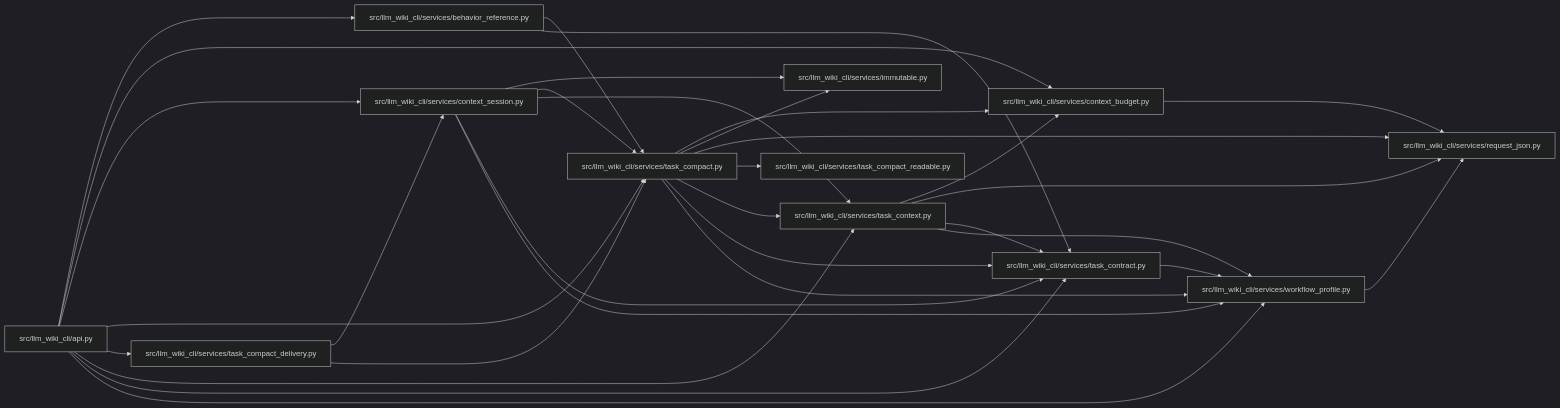
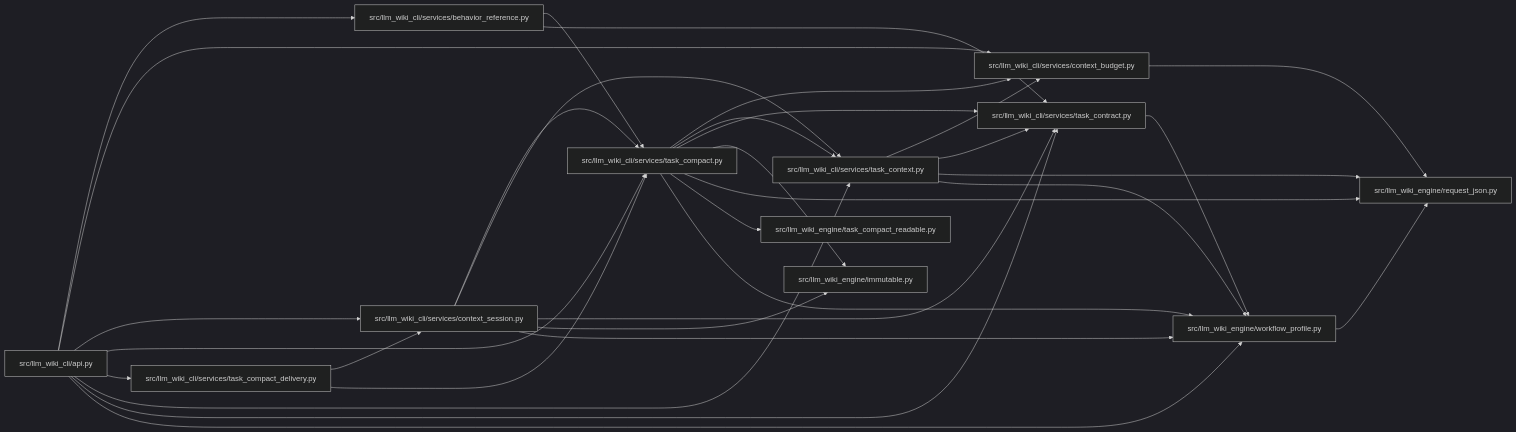
The diagram in docs/llm_wiki/modules/task_compact.md (Denissvgn/python-wiki-llm), drawn with Mermaid (dark theme) before and after one commit. The commit also changed other lines of this file and 1103 other files, not shown here.

First line of the commit message:
docs: refresh the wiki for the llm-wiki-engine distribution

````diff
--- a/docs/llm_wiki/modules/task_compact.md
+++ b/docs/llm_wiki/modules/task_compact.md
@@ -38,58 +38,58 @@
 ```mermaid
 flowchart LR
     n0["src/llm_wiki_cli/api.py"]
     n1["src/llm_wiki_cli/services/behavior_reference.py"]
     n2["src/llm_wiki_cli/services/context_budget.py"]
     n3["src/llm_wiki_cli/services/context_session.py"]
-    n4["src/llm_wiki_cli/services/immutable.py"]
-    n5["src/llm_wiki_cli/services/request_json.py"]
-    n6["src/llm_wiki_cli/services/task_compact.py"]
-    n7["src/llm_wiki_cli/services/task_compact_delivery.py"]
-    n8["src/llm_wiki_cli/services/task_compact_readable.py"]
-    n9["src/llm_wiki_cli/services/task_context.py"]
-    n10["src/llm_wiki_cli/services/task_contract.py"]
-    n11["src/llm_wiki_cli/services/workflow_profile.py"]
+    n4["src/llm_wiki_cli/services/task_compact.py"]
+    n5["src/llm_wiki_cli/services/task_compact_delivery.py"]
+    n6["src/llm_wiki_cli/services/task_context.py"]
+    n7["src/llm_wiki_cli/services/task_contract.py"]
+    n8["src/llm_wiki_engine/immutable.py"]
+    n9["src/llm_wiki_engine/request_json.py"]
+    n10["src/llm_wiki_engine/task_compact_readable.py"]
+    n11["src/llm_wiki_engine/workflow_profile.py"]
     n0 --> n1
     n0 --> n2
     n0 --> n3
+    n0 --> n4
+    n0 --> n5
     n0 --> n6
     n0 --> n7
-    n0 --> n9
-    n0 --> n10
     n0 --> n11
-    n1 --> n6
-    n1 --> n10
-    n2 --> n5
+    n1 --> n4
+    n1 --> n7
+    n2 --> n9
     n3 --> n4
     n3 --> n6
-    n3 --> n9
-    n3 --> n10
+    n3 --> n7
+    n3 --> n8
     n3 --> n11
+    n4 --> n2
+    n4 --> n6
+    n4 --> n7
+    n4 --> n8
+    n4 --> n9
+    n4 --> n10
+    n4 --> n11
+    n5 --> n3
+    n5 --> n4
     n6 --> n2
-    n6 --> n4
-    n6 --> n5
-    n6 --> n8
+    n6 --> n7
     n6 --> n9
-    n6 --> n10
     n6 --> n11
-    n7 --> n3
-    n7 --> n6
-    n9 --> n2
-    n9 --> n5
-    n9 --> n10
-    n9 --> n11
-    n10 --> n11
-    n11 --> n5
+    n7 --> n11
+    n11 --> n9
     click n0 "../modules/api.md"
     click n1 "../modules/behavior_reference.md"
     click n2 "../modules/context_budget.md"
     click n3 "../modules/context_session.md"
-    click n4 "../modules/immutable.md"
-    click n5 "../modules/request_json.md"
-    click n6 "../modules/task_compact.md"
-    click n7 "../modules/task_compact_delivery.md"
-    click n8 "../modules/task_compact_readable.md"
-    click n9 "../modules/task_context.md"
-    click n10 "../modules/task_contract.md"
+    click n4 "../modules/task_compact.md"
+    click n5 "../modules/task_compact_delivery.md"
+    click n6 "../modules/task_context.md"
+    click n7 "../modules/task_contract.md"
+    click n8 "../modules/immutable.md"
+    click n9 "../modules/request_json.md"
+    click n10 "../modules/task_compact_readable.md"
     click n11 "../modules/workflow_profile.md"
 ```
````
